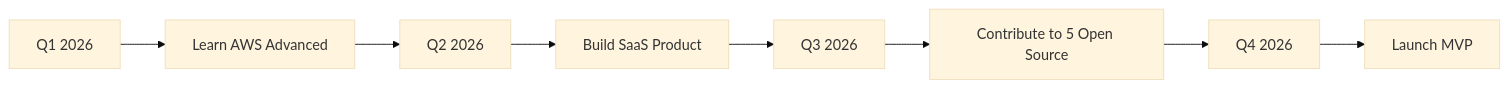
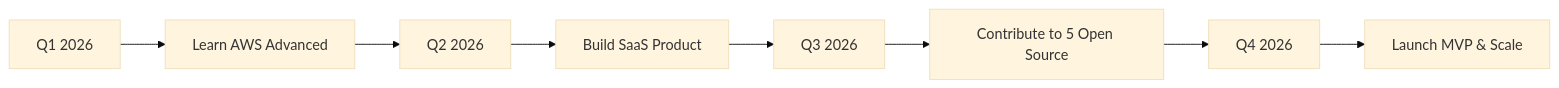
The diagram in README.md (Achmatfadilah/achmatfadilah), drawn with Mermaid (base theme) before and after one commit. The commit also changed other lines of this file, not shown here.

````diff
--- a/README.md
+++ b/README.md
@@ -227,10 +372,10 @@
 ```mermaid
 graph LR
     A[Q1 2026] --> B[Learn AWS Advanced]
     B --> C[Q2 2026]
     C --> D[Build SaaS Product]
     D --> E[Q3 2026]
     E --> F[Contribute to 5 Open Source]
     F --> G[Q4 2026]
-    G --> H[Launch MVP]
+    G --> H[Launch MVP & Scale]
 ```
````
